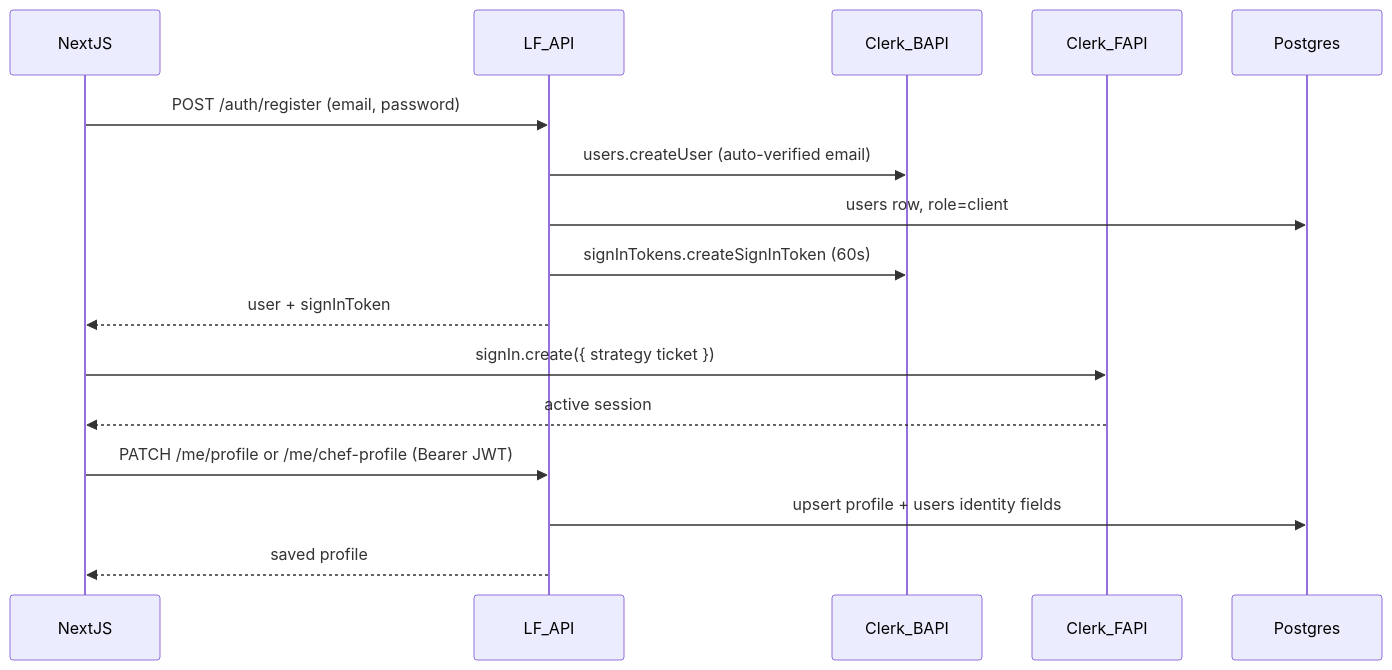
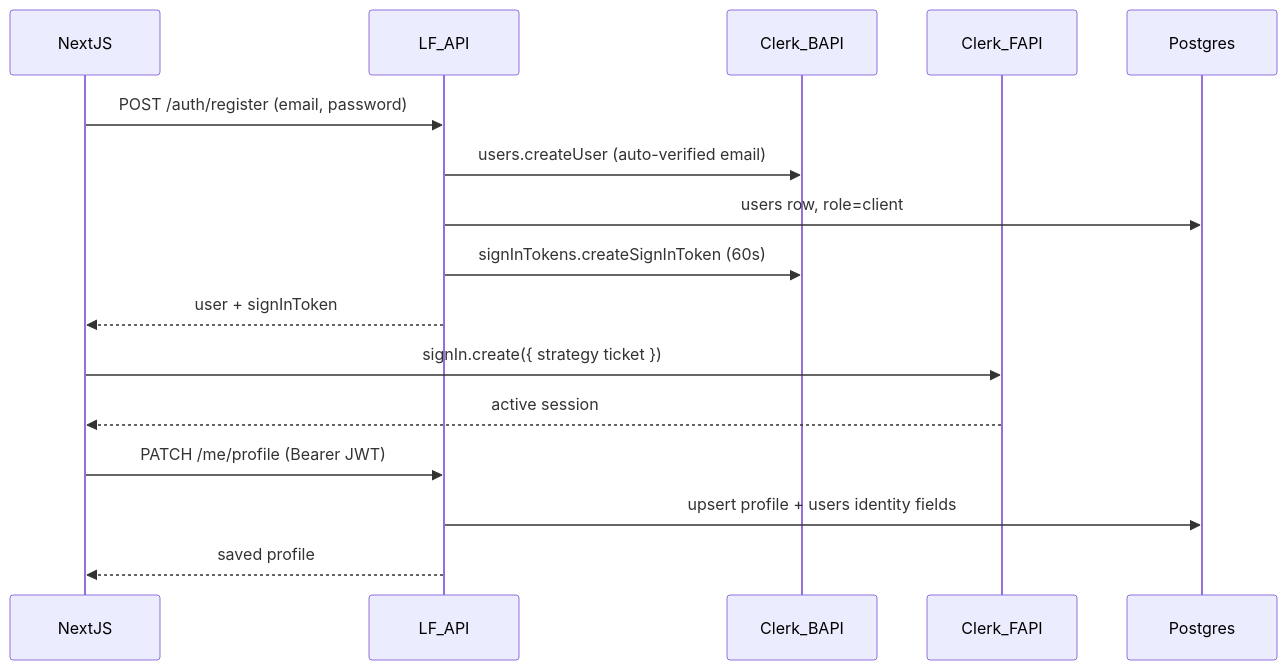
Before and after one commit to LabsFood/LF-BackEnd: the first of 2 diagrams in docs/auth/clerk-integration-contract.md, drawn with Mermaid. The commit also changed other lines of this file and 11 other files, not shown here.

````diff
--- a/docs/auth/clerk-integration-contract.md
+++ b/docs/auth/clerk-integration-contract.md
@@ -16,19 +16,19 @@
 ```mermaid
 sequenceDiagram
   participant UI as NextJS
   participant API as LF_API
   participant BAPI as Clerk_BAPI
   participant Clerk as Clerk_FAPI
   participant DB as Postgres
 
   UI->>API: POST /auth/register (email, password)
   API->>BAPI: users.createUser (auto-verified email)
   API->>DB: users row, role=client
   API->>BAPI: signInTokens.createSignInToken (60s)
   API-->>UI: user + signInToken
   UI->>Clerk: signIn.create({ strategy ticket })
   Clerk-->>UI: active session
-  UI->>API: PATCH /me/profile or /me/chef-profile (Bearer JWT)
+  UI->>API: PATCH /me/profile (Bearer JWT)
   API->>DB: upsert profile + users identity fields
   API-->>UI: saved profile
 ```
````
